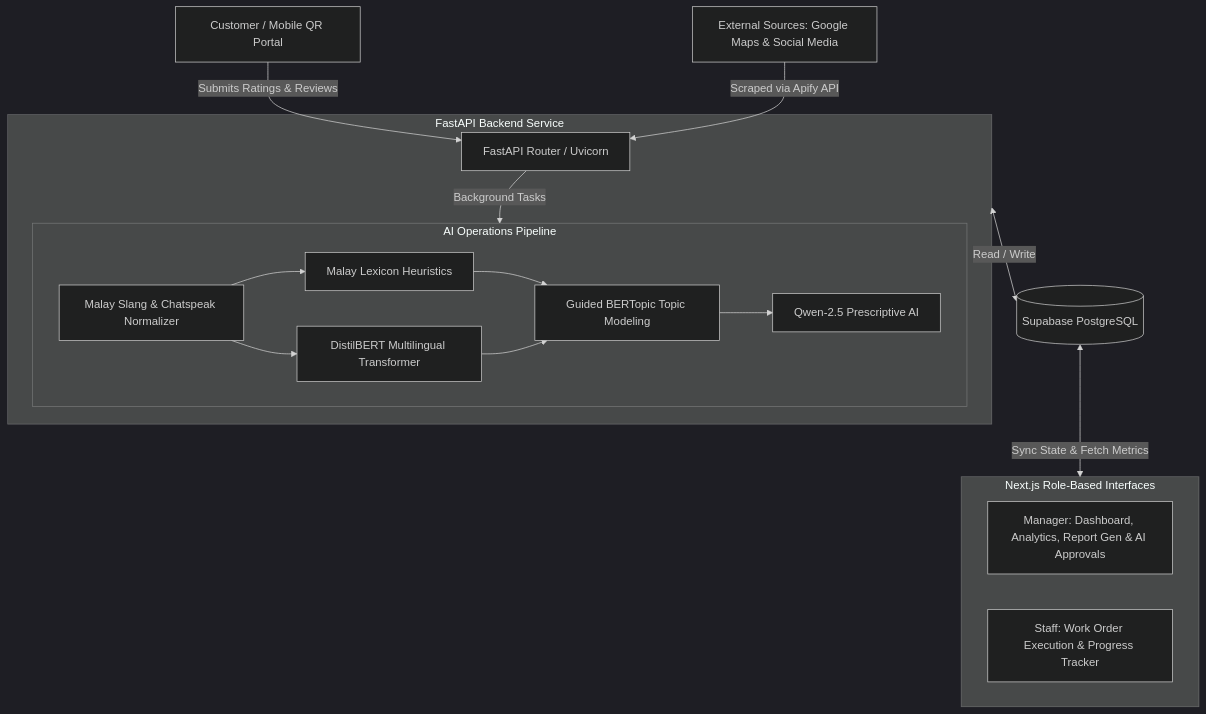
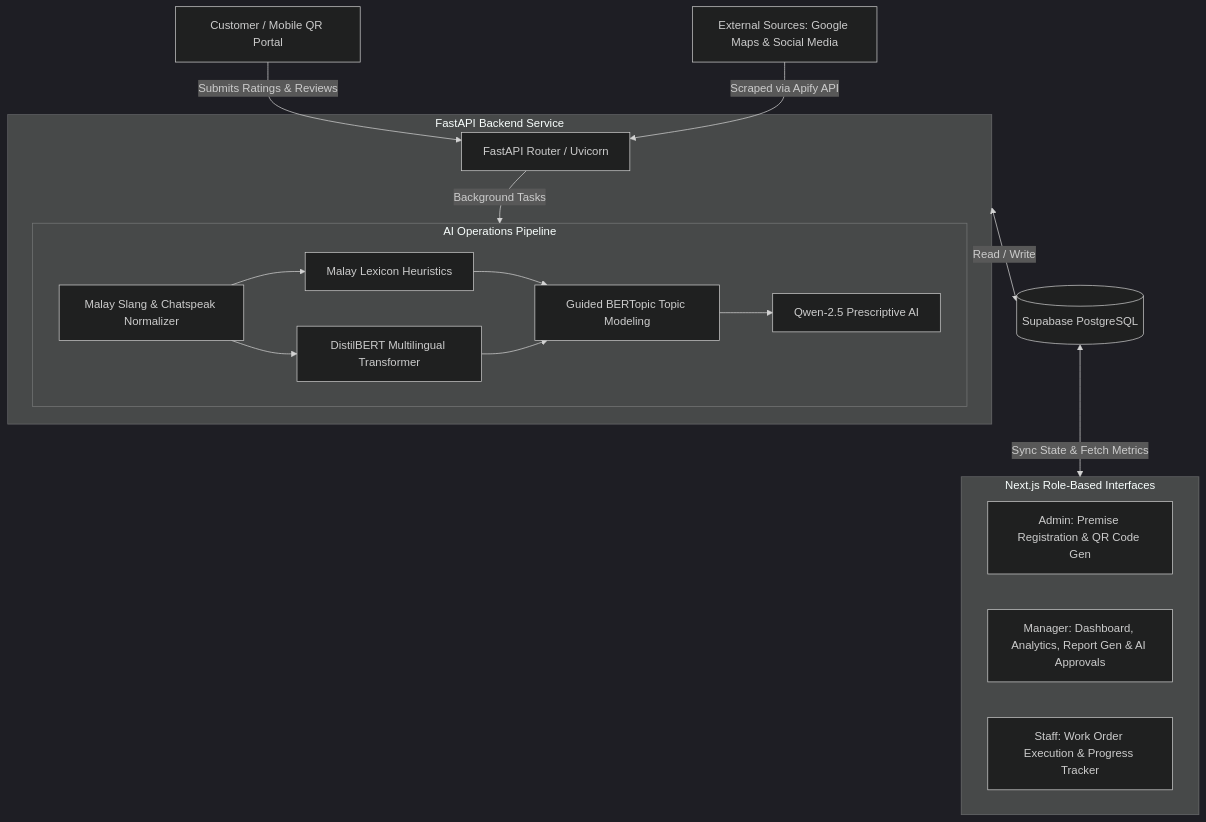
Before and after one commit to joshuwaw/FoodLytics-System: the diagram in README.md, drawn with Mermaid (dark theme). The commit also changed other lines of this file and 1 other file, not shown here.

Commit message:
Update README.md with Admin workflows and fix missing imports in prescriptive generator

````diff
--- a/README.md
+++ b/README.md
@@ -14,34 +14,35 @@
 ```mermaid
 graph TD
     %% Inputs
     Customer[Customer / Mobile QR Portal] -->|Submits Ratings & Reviews| API
     ExtReviews[External Sources: Google Maps & Social Media] -->|Scraped via Apify API| API
 
     subgraph Backend [FastAPI Backend Service]
         API[FastAPI Router / Uvicorn] -->|Background Tasks| Pipeline
         
         subgraph Pipeline [AI Operations Pipeline]
             Slang[Malay Slang & Chatspeak Normalizer]
             Lexicon[Malay Lexicon Heuristics]
             DistilBERT[DistilBERT Multilingual Transformer]
             TopicClustering[Guided BERTopic Topic Modeling]
             LLMEngine[Qwen-2.5 Prescriptive AI]
             
             Slang --> Lexicon
             Slang --> DistilBERT
             Lexicon & DistilBERT --> TopicClustering
             TopicClustering --> LLMEngine
         end
     end
 
     %% Database
     Backend <-->|Read / Write| DB[(Supabase PostgreSQL)]
 
     %% Dashboards
     DB <-->|Sync State & Fetch Metrics| Frontend[Next.js Dashboards]
     
     subgraph Frontend [Next.js Role-Based Interfaces]
+        AdminDash[Admin: Premise Registration & QR Code Gen]
         ManagerDash[Manager: Dashboard, Analytics, Report Gen & AI Approvals]
         StaffDash[Staff: Work Order Execution & Progress Tracker]
     end
 ```
````
